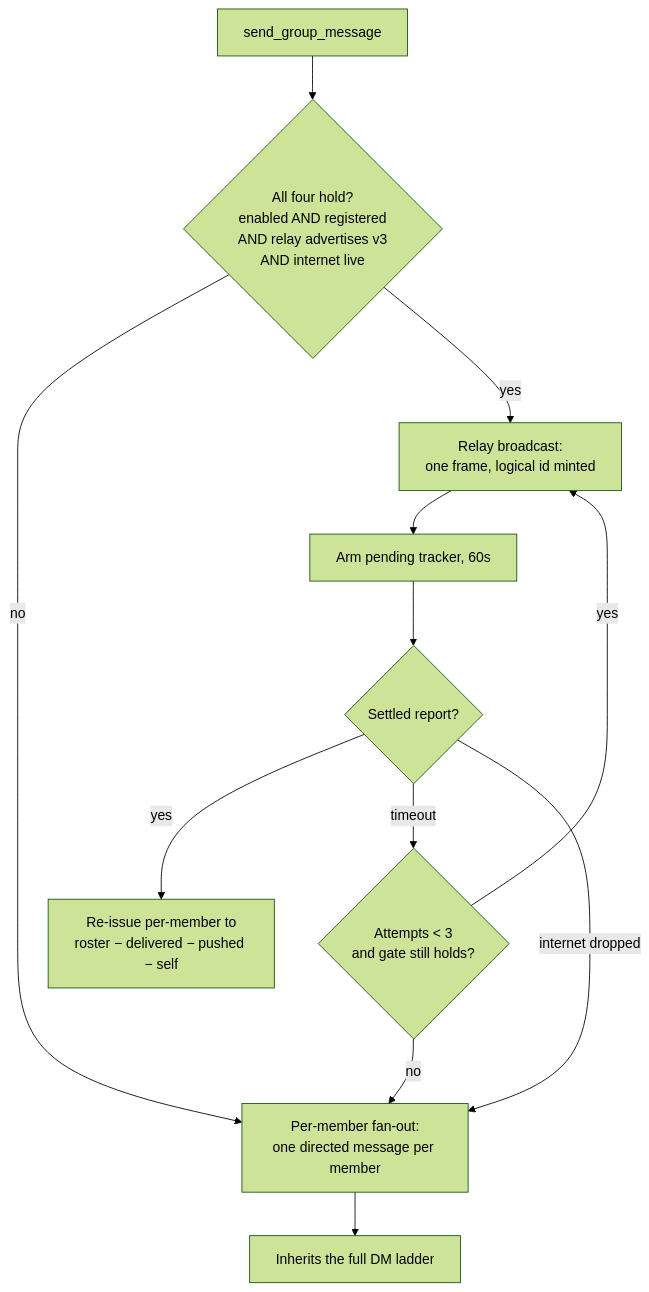
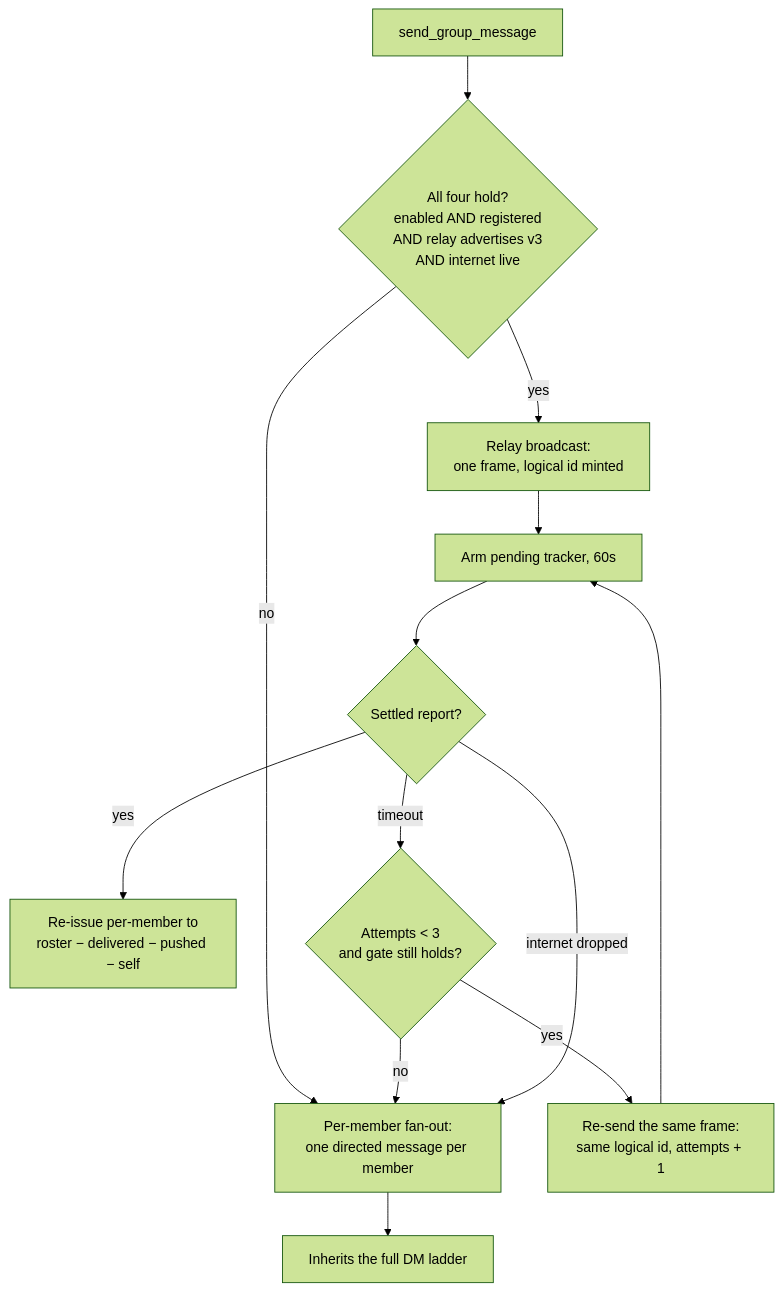
One commit to Offline-Protocol/offline-protocol-sdk changed the first of 4 diagrams in docs/state-machines/group-message-lifecycle.md. Above: the diagram before and after it, drawn with Mermaid (forest theme). The commit also changed other lines of this file and 10 other files, not shown here.

````diff
--- a/docs/state-machines/group-message-lifecycle.md
+++ b/docs/state-machines/group-message-lifecycle.md
@@ -28,14 +28,15 @@
 ```mermaid
 flowchart TD
     S[send_group_message] --> G{All four hold?<br/>enabled AND registered<br/>AND relay advertises v3<br/>AND internet live}
     G -->|no| F[Per-member fan-out:<br/>one directed message per member]
     G -->|yes| B[Relay broadcast:<br/>one frame, logical id minted]
     B --> T[Arm pending tracker, 60s]
     T --> R{Settled report?}
     R -->|yes| RI[Re-issue per-member to<br/>roster − delivered − pushed − self]
     R -->|timeout| RB{Attempts < 3<br/>and gate still holds?}
-    RB -->|yes| B
+    RB -->|yes| RS[Re-send the same frame:<br/>same logical id, attempts + 1]
+    RS --> T
     RB -->|no| F
     R -->|internet dropped| F
     F --> L[Inherits the full DM ladder]
 ```
````
